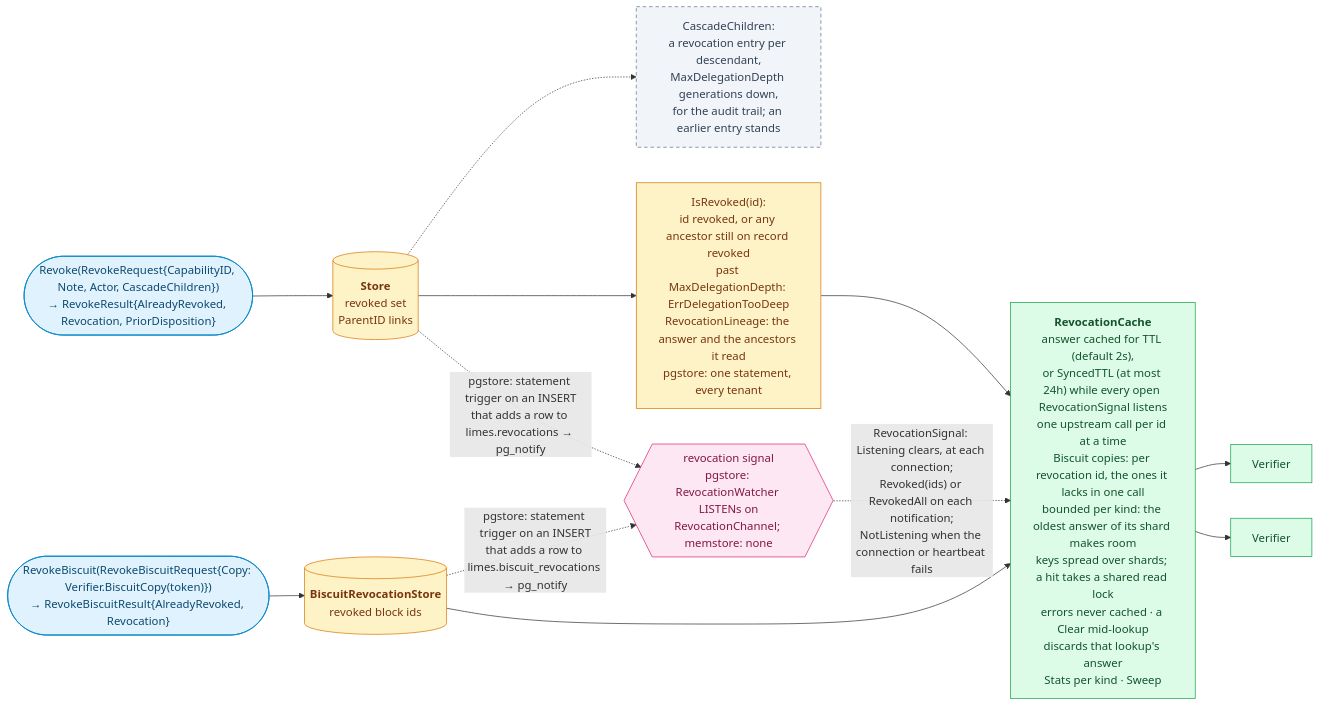
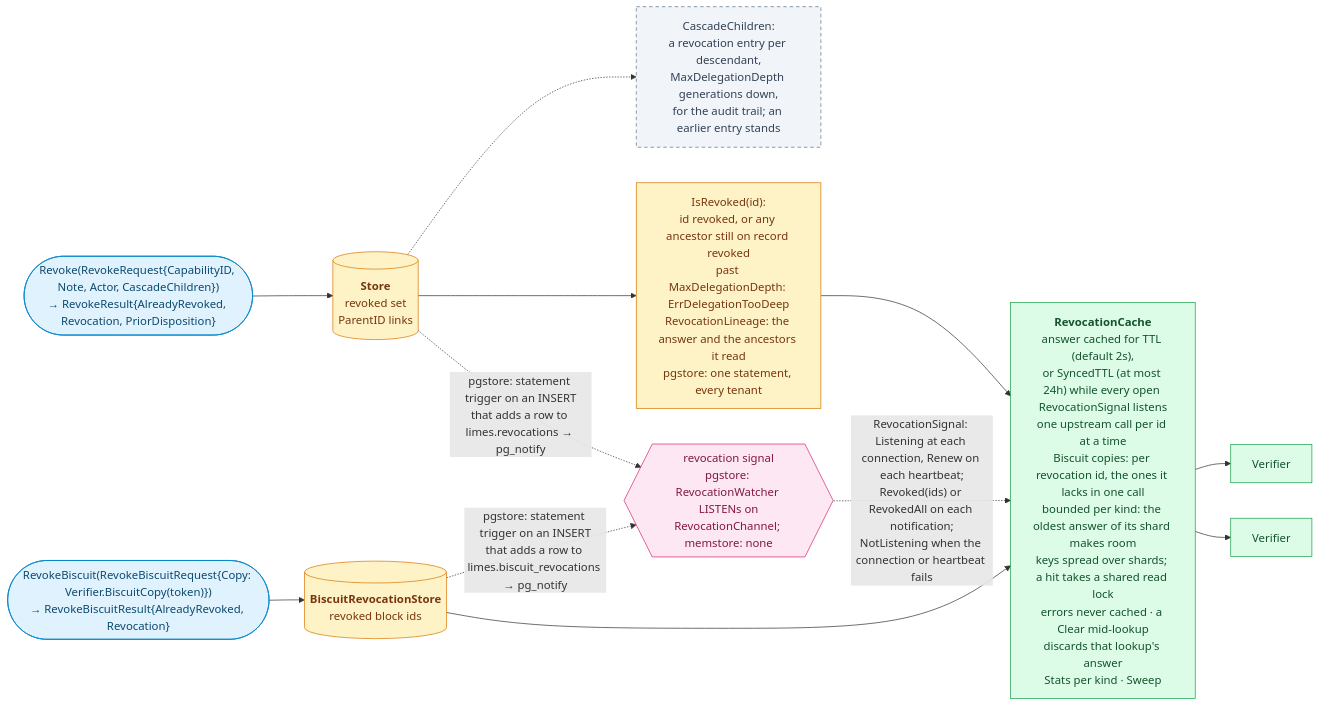
One commit to oleg-tkachuk/limes changed diagram 12 of 16 in docs/diagrams.md. Above: the diagram before and after it, drawn with Mermaid. The commit also changed other lines of this file and 1 other file, not shown here.

Commit message:
docs(cache): describe targeted invalidation, reconnects and signal leases

````diff
--- a/docs/diagrams.md
+++ b/docs/diagrams.md
@@ -960,34 +960,34 @@
 ```mermaid
 flowchart LR
     op(["Revoke(RevokeRequest{CapabilityID, Note, Actor, CascadeChildren})<br/>→ RevokeResult{AlreadyRevoked, Revocation, PriorDisposition}"])
     store[("<b>Store</b><br/>revoked set<br/>ParentID links")]
     cascade["CascadeChildren:<br/>a revocation entry per descendant,<br/>MaxDelegationDepth generations down,<br/>for the audit trail; an earlier entry stands"]
     chain["IsRevoked(id):<br/>id revoked, or any ancestor still on record revoked<br/>past MaxDelegationDepth: ErrDelegationTooDeep<br/>RevocationLineage: the answer and the ancestors it read<br/>pgstore: one statement, every tenant"]
     cache["<b>RevocationCache</b><br/>answer cached for TTL (default 2s),<br/>or SyncedTTL (at most 24h) while every open RevocationSignal listens<br/>one upstream call per id at a time<br/>Biscuit copies: per revocation id, the ones it lacks in one call<br/>bounded per kind: the oldest answer of its shard makes room<br/>keys spread over shards; a hit takes a shared read lock<br/>errors never cached · a Clear mid-lookup<br/>discards that lookup's answer<br/>Stats per kind · Sweep"]
     notify{{"revocation signal<br/>pgstore: RevocationWatcher LISTENs on<br/>RevocationChannel; memstore: none"}}
     bop(["RevokeBiscuit(RevokeBiscuitRequest{Copy: Verifier.BiscuitCopy(token)})<br/>→ RevokeBiscuitResult{AlreadyRevoked, Revocation}"])
     blist[("<b>BiscuitRevocationStore</b><br/>revoked block ids")]
     v1["Verifier"]
     v2["Verifier"]
 
     op --> store
     store -.-> cascade
     store --> chain --> cache
     cache --> v1
     cache --> v2
     store -. "pgstore: statement trigger on an INSERT<br/>that adds a row to limes.revocations → pg_notify" .-> notify
     blist -. "pgstore: statement trigger on an INSERT<br/>that adds a row to limes.biscuit_revocations → pg_notify" .-> notify
-    notify -. "RevocationSignal: Listening clears, at each connection;<br/>Revoked(ids) or RevokedAll on each notification;<br/>NotListening when the connection or heartbeat fails" .-> cache
+    notify -. "RevocationSignal: Listening at each connection, Renew on each heartbeat;<br/>Revoked(ids) or RevokedAll on each notification;<br/>NotListening when the connection or heartbeat fails" .-> cache
     bop --> blist --> cache
 
     classDef client fill:#E0F2FE,stroke:#0284C7,color:#0C4A6E
     classDef role fill:#DCFCE7,stroke:#16A34A,color:#14532D
     classDef optional fill:#F1F5F9,stroke:#64748B,color:#334155,stroke-dasharray:5 4
     classDef store fill:#FEF3C7,stroke:#D97706,color:#78350F
     classDef external fill:#FCE7F3,stroke:#DB2777,color:#831843
     class op,bop client
     class v1,v2,cache role
     class cascade optional
     class store,chain,blist store
     class notify external
 ```
````
